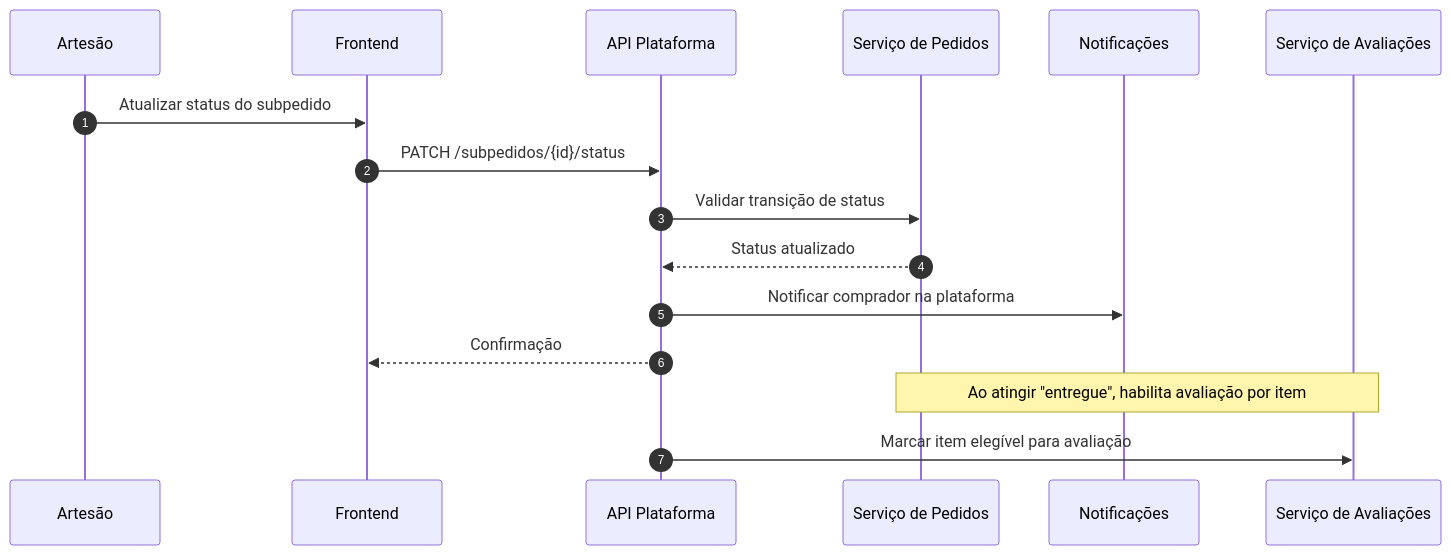
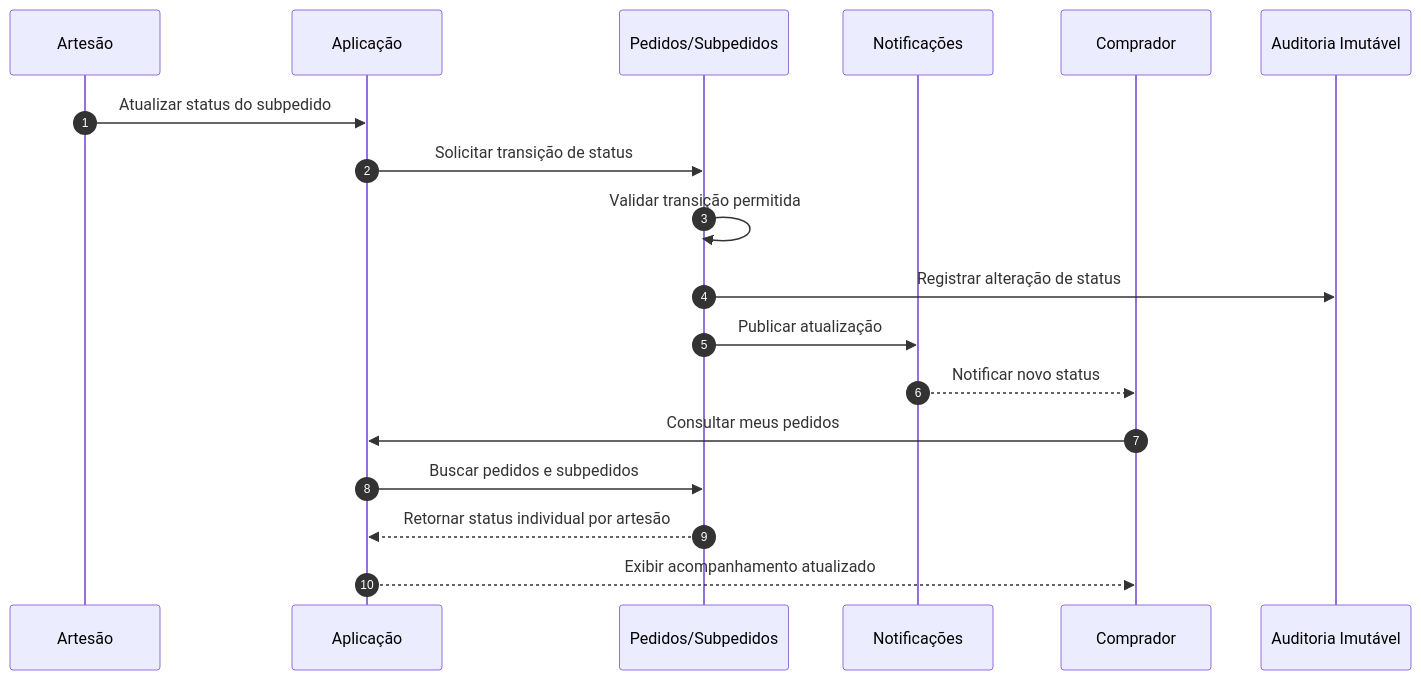
One commit to PDC-ESIA/AI4ES changed the third of 3 diagrams in docs/Time_2_Design/analise-qualitativa/outputs/relatorio_gpt_5_3_codex_M03.md. Above: the diagram before and after it, drawn with Mermaid. The commit also changed other lines of this file and 107 other files, not shown here.

````diff
--- a/docs/Time_2_Design/analise-qualitativa/outputs/relatorio_gpt_5_3_codex_M03.md
+++ b/docs/Time_2_Design/analise-qualitativa/outputs/relatorio_gpt_5_3_codex_M03.md
@@ -132,20 +160,21 @@
 ```mermaid
 sequenceDiagram
     autonumber
     participant A as Artesão
-    participant UI as Frontend
-    participant API as API Plataforma
-    participant PED as Serviço de Pedidos
-    participant NOTI as Notificações
-    participant AVL as Serviço de Avaliações
+    participant UI as Aplicação
+    participant ORD as Pedidos/Subpedidos
+    participant NOT as Notificações
+    participant B as Comprador
+    participant AUD as Auditoria Imutável
 
     A->>UI: Atualizar status do subpedido
-    UI->>API: PATCH /subpedidos/{id}/status
-    API->>PED: Validar transição de status
-    PED-->>API: Status atualizado
-    API->>NOTI: Notificar comprador na plataforma
-    API-->>UI: Confirmação
-
-    Note over PED,AVL: Ao atingir "entregue", habilita avaliação por item
-    API->>AVL: Marcar item elegível para avaliação
+    UI->>ORD: Solicitar transição de status
+    ORD->>ORD: Validar transição permitida
+    ORD->>AUD: Registrar alteração de status
+    ORD->>NOT: Publicar atualização
+    NOT-->>B: Notificar novo status
+    B->>UI: Consultar meus pedidos
+    UI->>ORD: Buscar pedidos e subpedidos
+    ORD-->>UI: Retornar status individual por artesão
+    UI-->>B: Exibir acompanhamento atualizado
 ```
````
